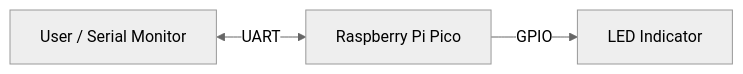
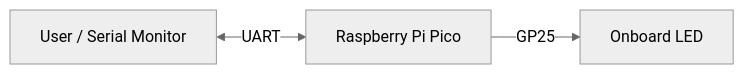
Before and after one commit to capybara-works/pico-sdk-blink: the diagram in docs/v_model/02_basic_design.md, drawn with Mermaid (neutral theme). The commit also changed other lines of this file and 21 other files, not shown here.

````diff
--- a/docs/v_model/02_basic_design.md
+++ b/docs/v_model/02_basic_design.md
@@ -7,5 +7,5 @@
 ```mermaid
 graph LR
     User[User / Serial Monitor] <-->|UART| Pico[Raspberry Pi Pico]
-    Pico -->|GPIO| LED[LED Indicator]
+    Pico -->|GP25| LED[Onboard LED]
 ```
````
